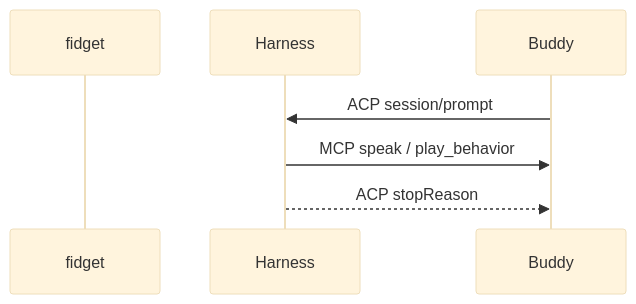
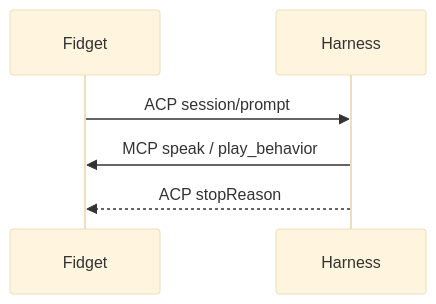
The diagram in docs/research/fidget-harness-two-way.md (omesser/ai-buddy), drawn with Mermaid (base theme) before and after one commit. The commit also changed other lines of this file and 5 other files, not shown here.

````diff
--- a/docs/research/fidget-harness-two-way.md
+++ b/docs/research/fidget-harness-two-way.md
@@ -40,8 +40,8 @@
 ```mermaid
 sequenceDiagram
-  participant fidget as fidget
+  participant Fidget as Fidget
   participant Agent as Harness
-  Buddy->>Agent: ACP session/prompt
-  Agent->>Buddy: MCP speak / play_behavior
-  Agent-->>Buddy: ACP stopReason
+  Fidget->>Agent: ACP session/prompt
+  Agent->>Fidget: MCP speak / play_behavior
+  Agent-->>Fidget: ACP stopReason
 ```
````
